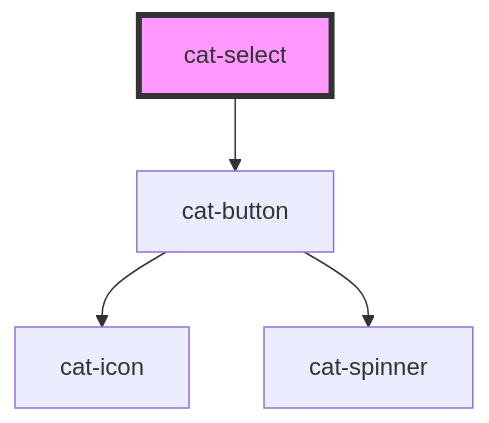
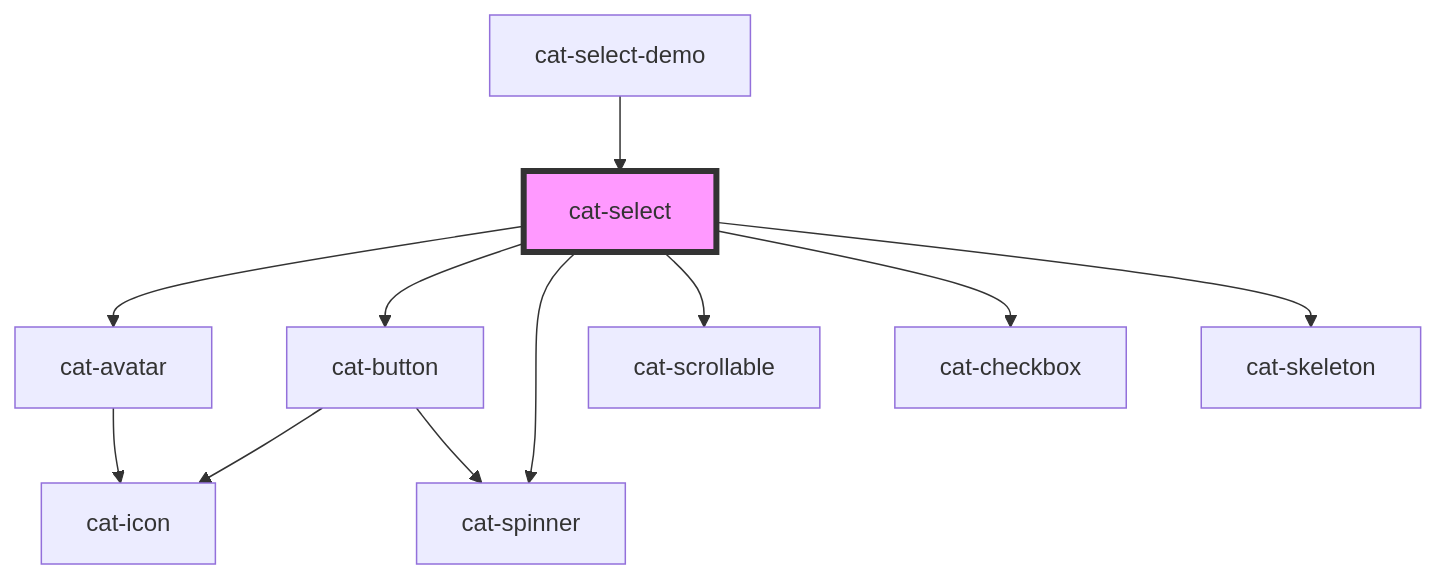
Before and after one commit to haiilo/catalyst: the diagram in core/src/components/cat-select/readme.md, drawn with Mermaid. The commit also changed other lines of this file and 27 other files, not shown here.

````diff
--- a/core/src/components/cat-select/readme.md
+++ b/core/src/components/cat-select/readme.md
@@ -57,7 +80,14 @@
 ```mermaid
 graph TD;
+  cat-select --> cat-avatar
   cat-select --> cat-button
+  cat-select --> cat-spinner
+  cat-select --> cat-scrollable
+  cat-select --> cat-checkbox
+  cat-select --> cat-skeleton
+  cat-avatar --> cat-icon
   cat-button --> cat-icon
   cat-button --> cat-spinner
+  cat-select-demo --> cat-select
   style cat-select fill:#f9f,stroke:#333,stroke-width:4px
 ```
````
